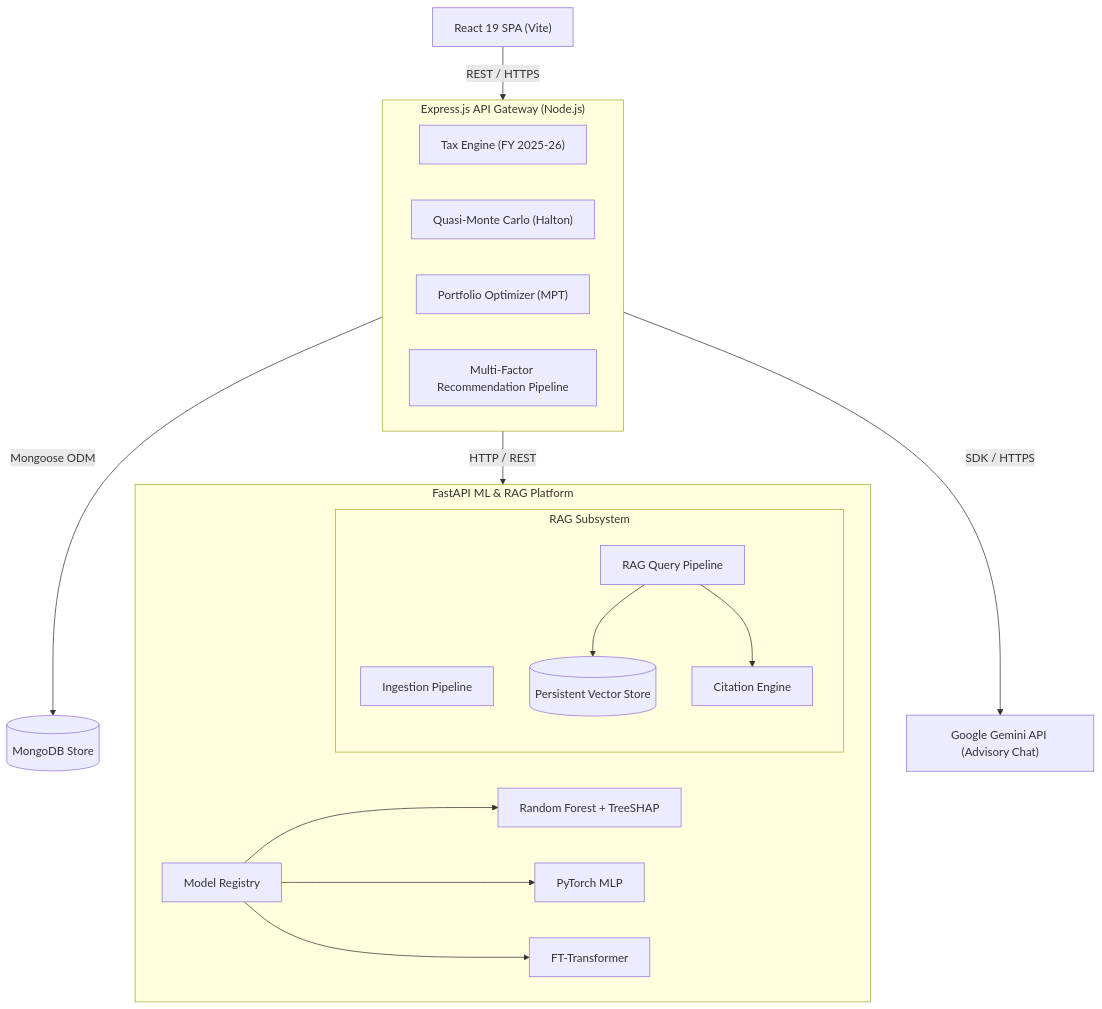
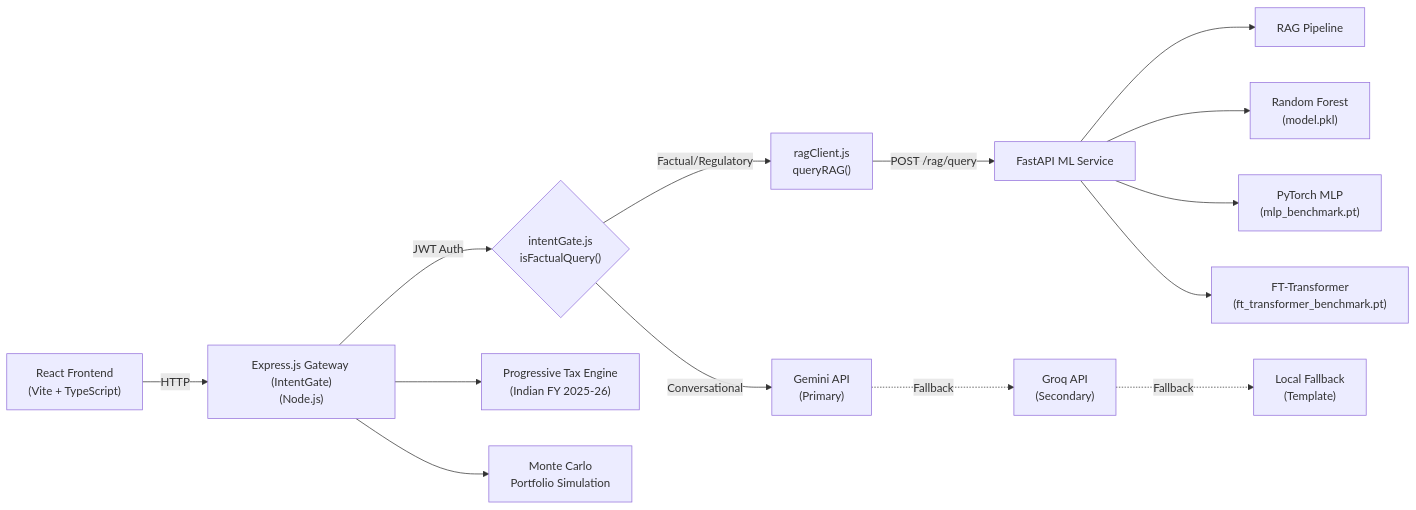
The first of 2 diagrams in README.md (yashaskn8/WealthGenie-AI-Powered-Financial-Advisory-Platform), drawn with Mermaid before and after one commit. The commit also changed other lines of this file, not shown here.

````diff
--- a/README.md
+++ b/README.md
@@ -18,41 +22,16 @@
 ```mermaid
-graph TD
-    Client["React 19 SPA (Vite)"]
-    
-    subgraph Gateway ["Express.js API Gateway (Node.js)"]
-        TaxEngine["Tax Engine (FY 2025-26)"]
-        QMC["Quasi-Monte Carlo (Halton)"]
-        PortfolioOpt["Portfolio Optimizer (MPT)"]
-        ScoringPipe["Multi-Factor Recommendation Pipeline"]
-    end
-    
-    DataStore[("MongoDB Store")]
-    
-    subgraph MLPlatform ["FastAPI ML & RAG Platform"]
-        Registry["Model Registry"]
-        RFModel["Random Forest + TreeSHAP"]
-        MLPModel["PyTorch MLP"]
-        FTTModel["FT-Transformer"]
-        
-        subgraph RAGSubsystem ["RAG Subsystem"]
-            IngestionPipe["Ingestion Pipeline"]
-            VectorStore[("Persistent Vector Store")]
-            RAGPipeline["RAG Query Pipeline"]
-            CitationEng["Citation Engine"]
-        end
-    end
-    
-    GeminiAPI["Google Gemini API (Advisory Chat)"]
-
-    Client -->|"REST / HTTPS"| Gateway
-    Gateway -->|"Mongoose ODM"| DataStore
-    Gateway -->|"HTTP / REST"| MLPlatform
-    Gateway -->|"SDK / HTTPS"| GeminiAPI
-    
-    Registry --> RFModel
-    Registry --> MLPModel
-    Registry --> FTTModel
-    
-    RAGPipeline --> VectorStore
-    RAGPipeline --> CitationEng
+graph LR
+    React["React Frontend<br/>(Vite + TypeScript)"] -->|HTTP| Express["Express.js Gateway (IntentGate)<br/>(Node.js)"]
+    Express -->|JWT Auth| IntentGate{"intentGate.js<br/>isFactualQuery()"}
+    IntentGate -->|Factual/Regulatory| RAGClient["ragClient.js<br/>queryRAG()"]
+    IntentGate -->|Conversational| Gemini["Gemini API<br/>(Primary)"]
+    Gemini -.->|Fallback| Groq["Groq API<br/>(Secondary)"]
+    Groq -.->|Fallback| LocalFallback["Local Fallback<br/>(Template)"]
+    RAGClient -->|POST /rag/query| FastAPI["FastAPI ML Service"]
+    FastAPI --> RAGPipeline["RAG Pipeline"]
+    FastAPI --> RFModel["Random Forest<br/>(model.pkl)"]
+    FastAPI --> MLPModel["PyTorch MLP<br/>(mlp_benchmark.pt)"]
+    FastAPI --> FTT["FT-Transformer<br/>(ft_transformer_benchmark.pt)"]
+    Express --> TaxEngine["Progressive Tax Engine<br/>(Indian FY 2025-26)"]
+    Express --> MonteCarloEngine["Monte Carlo<br/>Portfolio Simulation"]
 ```
````
